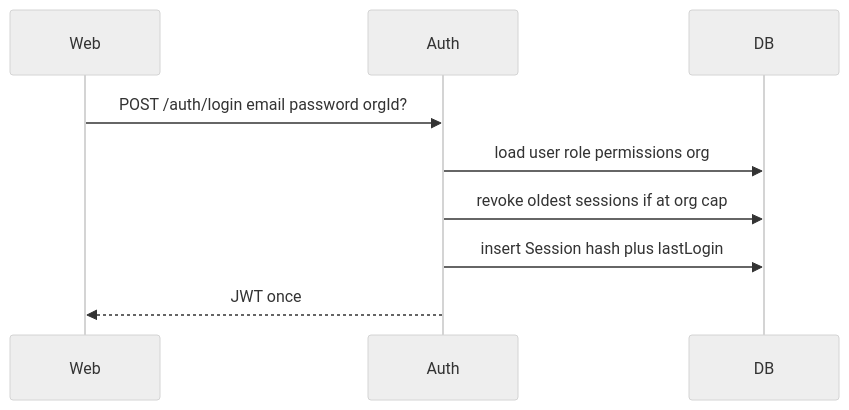
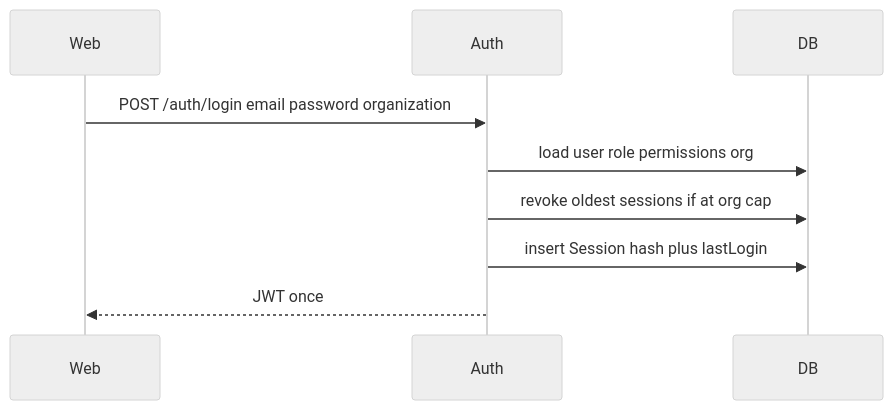
Before and after one commit to mashaole/multitenant: the second of 8 diagrams in docs/flows.md, drawn with Mermaid (neutral theme). The commit also changed 6 other files, not shown here.

````diff
--- a/docs/flows.md
+++ b/docs/flows.md
@@ -46,11 +46,11 @@
 ```mermaid
 sequenceDiagram
   participant Web
   participant Auth
   participant DB
-  Web->>Auth: POST /auth/login email password orgId?
+  Web->>Auth: POST /auth/login email password organization
   Auth->>DB: load user role permissions org
   Auth->>DB: revoke oldest sessions if at org cap
   Auth->>DB: insert Session hash plus lastLogin
   Auth-->>Web: JWT once
 ```
````
